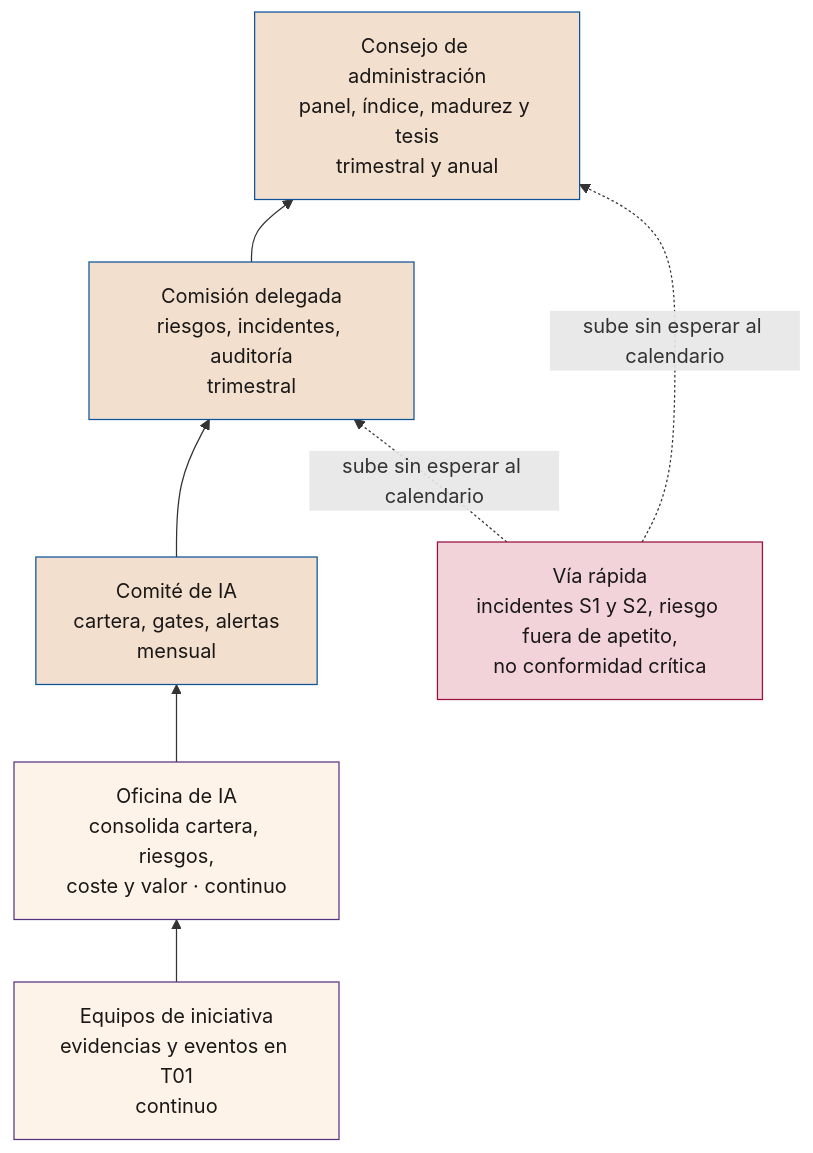
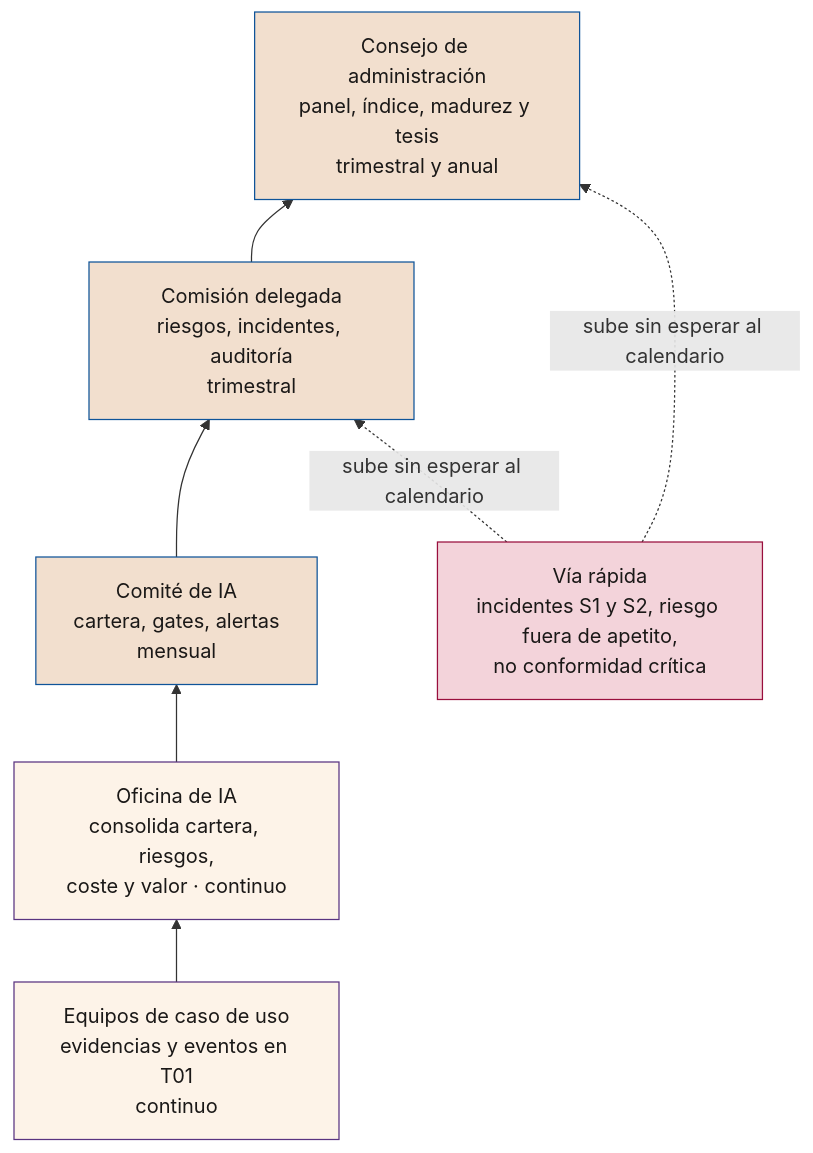
The fourth of 7 diagrams in SEVEN-G/mds/es/54_SEVEN-G_Organizacion_de_la_compania_para_la_IA.md (seachad/AI_CONSULTING), drawn with Mermaid before and after one commit. The commit also changed other lines of this file and 1379 other files, not shown here.

First line of the commit message:
D181: «caso de uso» en lugar de «iniciativa» en todo el sitio, herramientas, gráficos y presentaciones

````diff
--- a/SEVEN-G/mds/es/54_SEVEN-G_Organizacion_de_la_compania_para_la_IA.md
+++ b/SEVEN-G/mds/es/54_SEVEN-G_Organizacion_de_la_compania_para_la_IA.md
@@ -324,18 +324,18 @@
 ```mermaid
 flowchart BT
-  EQ["Equipos de iniciativa<br>evidencias y eventos en T01<br>continuo"]
+  EQ["Equipos de caso de uso<br>evidencias y eventos en T01<br>continuo"]
   OF["Oficina de IA<br>consolida cartera, riesgos,<br>coste y valor · continuo"]
   CIA["Comité de IA<br>cartera, gates, alertas<br>mensual"]
   CD["Comisión delegada<br>riesgos, incidentes, auditoría<br>trimestral"]
   CA["Consejo de administración<br>panel, índice, madurez y tesis<br>trimestral y anual"]
   ALE["Vía rápida<br>incidentes S1 y S2, riesgo fuera de apetito,<br>no conformidad crítica"]
   EQ --> OF --> CIA --> CD --> CA
   ALE -.->|"sube sin esperar al calendario"| CD
   ALE -.->|"sube sin esperar al calendario"| CA
   classDef base fill:#fdf3e8,stroke:#593380,color:#1a1817
   classDef org fill:#f2dfce,stroke:#0f5499,color:#1a1817
   classDef ale fill:#f3d3da,stroke:#990f3d,color:#1a1817
   class EQ,OF base
   class CIA,CD,CA org
   class ALE ale
 ```
````
